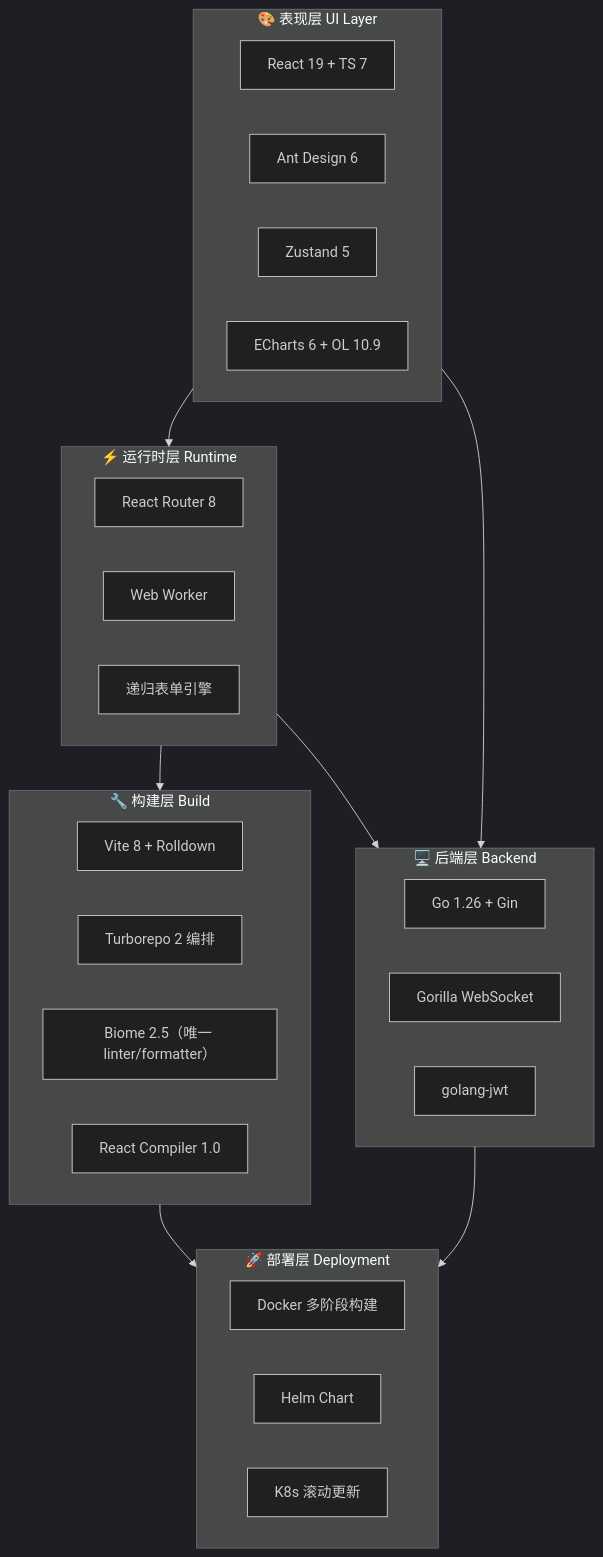
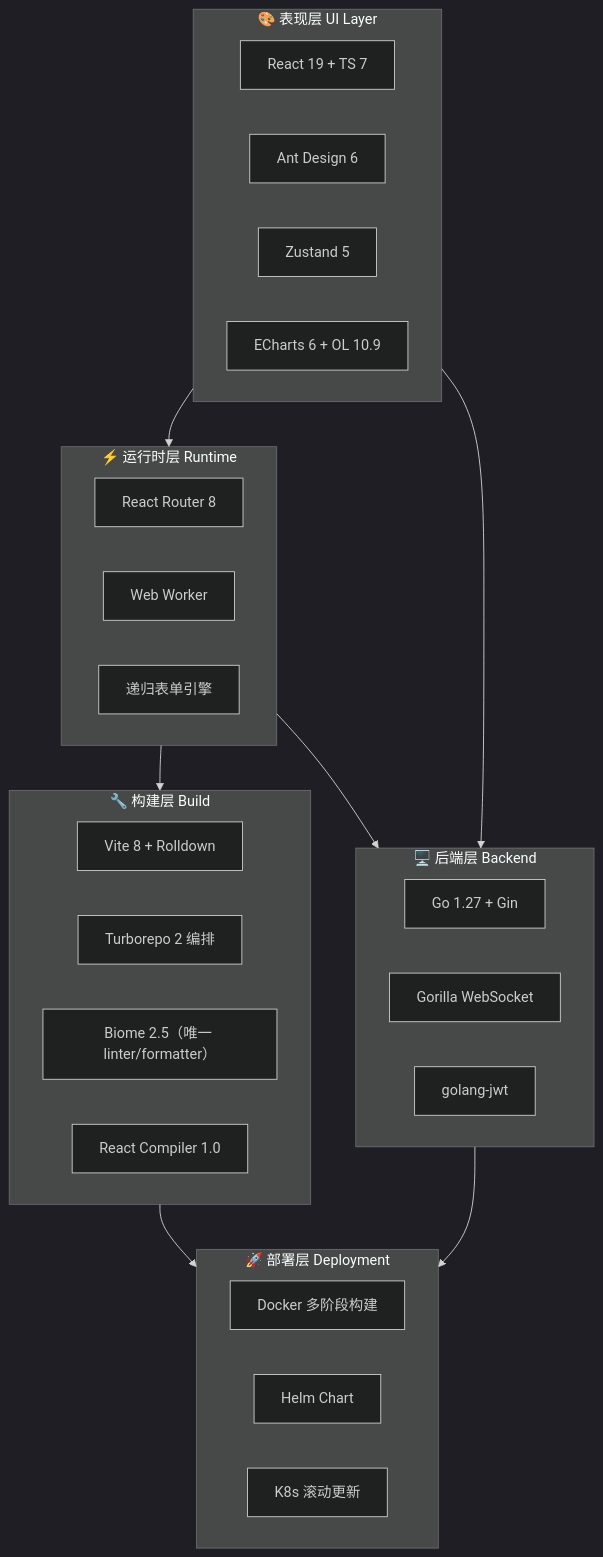
One commit to KMaybe01/interview-demo changed the second of 49 diagrams in docs/S4-面试冲刺/00-面试技术亮点汇总.md. Above: the diagram before and after it, drawn with Mermaid (dark theme). The commit also changed other lines of this file and 14 other files, not shown here.

````diff
--- a/docs/S4-面试冲刺/00-面试技术亮点汇总.md
+++ b/docs/S4-面试冲刺/00-面试技术亮点汇总.md
@@ -74,40 +74,40 @@
 ```mermaid
 graph TB
     subgraph UI["🎨 表现层 UI Layer"]
         React["React 19 + TS 7"]
         Antd["Ant Design 6"]
         Zustand["Zustand 5"]
         Charts["ECharts 6 + OL 10.9"]
     end
 
     subgraph Runtime["⚡ 运行时层 Runtime"]
         Router["React Router 8"]
         Worker["Web Worker"]
         Form["递归表单引擎"]
     end
 
     subgraph Build["🔧 构建层 Build"]
         Vite["Vite 8 + Rolldown"]
         Turbo["Turborepo 2 编排"]
         Biome["Biome 2.5（唯一 linter/formatter）"]
         Babel["React Compiler 1.0"]
     end
 
     subgraph Backend["🖥️ 后端层 Backend"]
-        Go["Go 1.26 + Gin"]
+        Go["Go 1.27 + Gin"]
         WS["Gorilla WebSocket"]
         JWT["golang-jwt"]
     end
 
     subgraph Deploy["🚀 部署层 Deployment"]
         Docker["Docker 多阶段构建"]
         Helm["Helm Chart"]
         K8s["K8s 滚动更新"]
     end
 
     UI --> Runtime --> Build
     UI --> Backend
     Runtime --> Backend
     Build --> Deploy
     Backend --> Deploy
 ```
````
